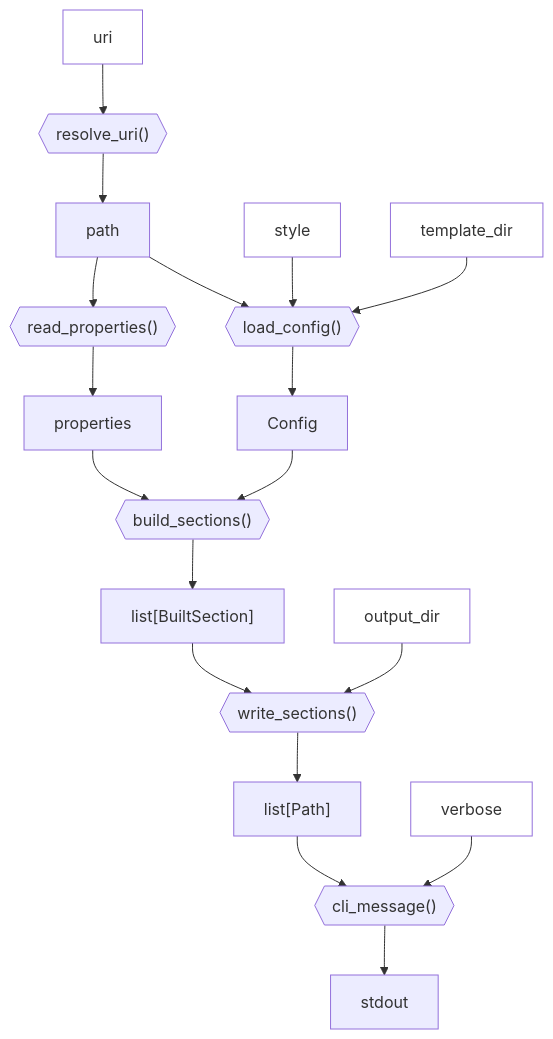
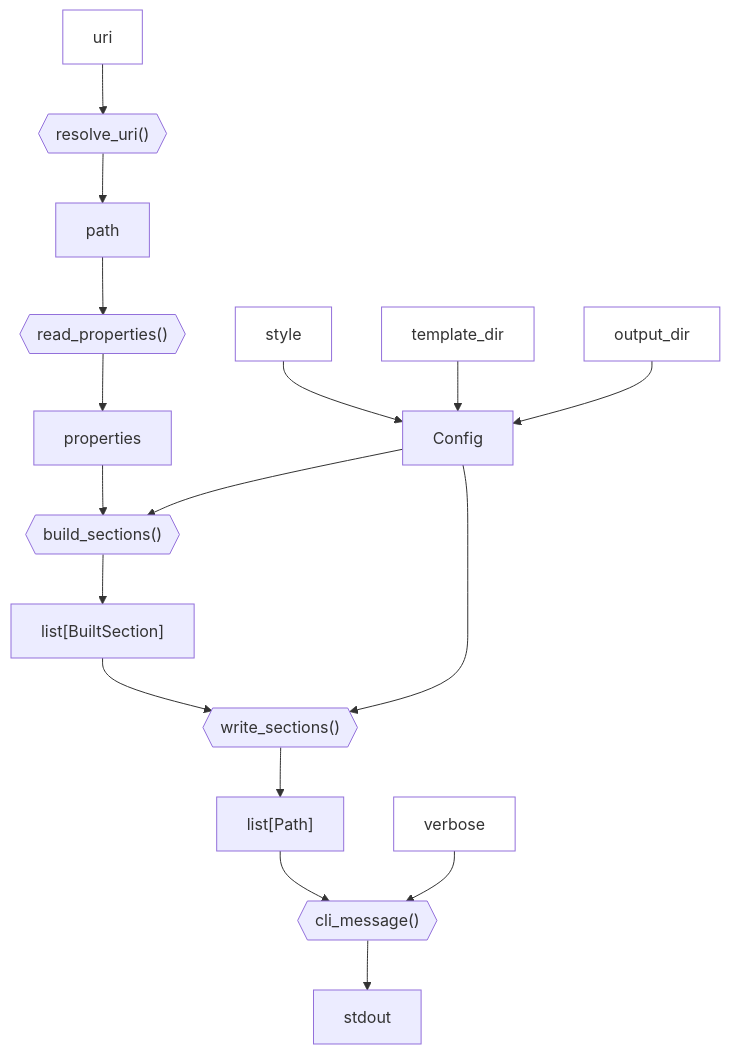
Before and after one commit to seedcase-project/seedcase-flower: the first of 2 diagrams in docs/design/interface/python.qmd, drawn with Mermaid. The commit also changed other lines of this file and 2 other files, not shown here.

Commit message:
docs: :building_construction: match design with how cyclopts handles config (#146)
# Description

Since cyclopts loads the config for us, this updates that.

Closes #136

Needs a quick review.

## Checklist

- [x] Ran `just run-all`

````diff
--- a/docs/design/interface/python.qmd
+++ b/docs/design/interface/python.qmd
@@ -89,18 +89,18 @@
 ```{mermaid}
 %%| label: fig-python-build-flow
 %%| fig-cap: "Diagram of the internal flow of functions and objects in the `build()` CLI function."
 flowchart TD
     uri:::input --> resolve_uri{{"resolve_uri()"}} --> path
-    path --> load_config{{"load_config()"}} --> Config
-    style_cfg[style]:::input --> load_config
-    template_dir_cfg[template_dir]:::input --> load_config
+    style_cfg[style]:::input --> Config
+    template_dir_cfg[template_dir]:::input --> Config
     path --> read_properties{{"read_properties()"}} --> properties
     properties & Config --> build_sections{{"build_sections()"}} --> output["list[BuiltSection]"]
     output --> write_sections{{"write_sections()"}}
-    output_dir:::input --> write_sections
+    output_dir:::input --> Config
+    Config --> write_sections
     write_sections --> files["list[Path]"]
     files --> cli_message{{"cli_message()"}} --> stdout
     verbose:::input --> cli_message
 
     classDef input fill:#FFF
 ```
````
